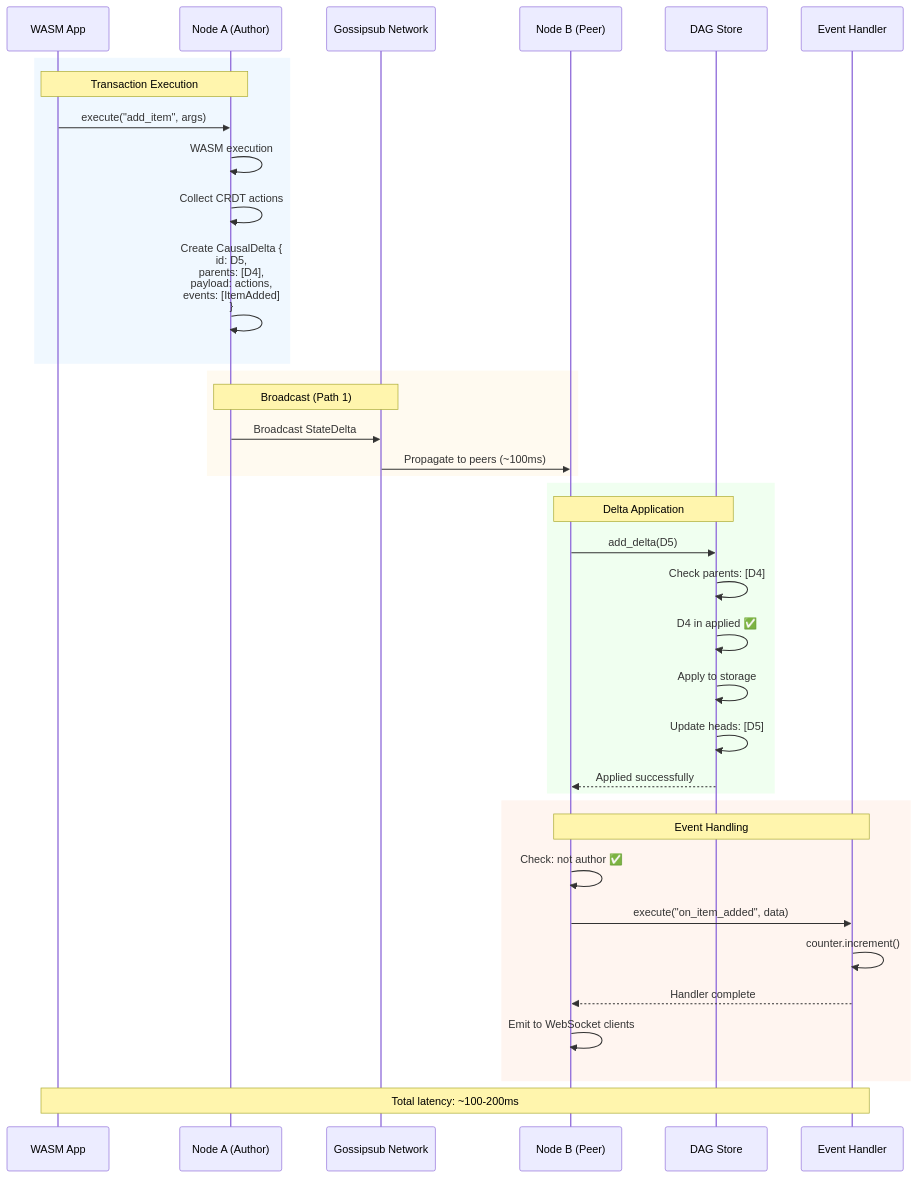
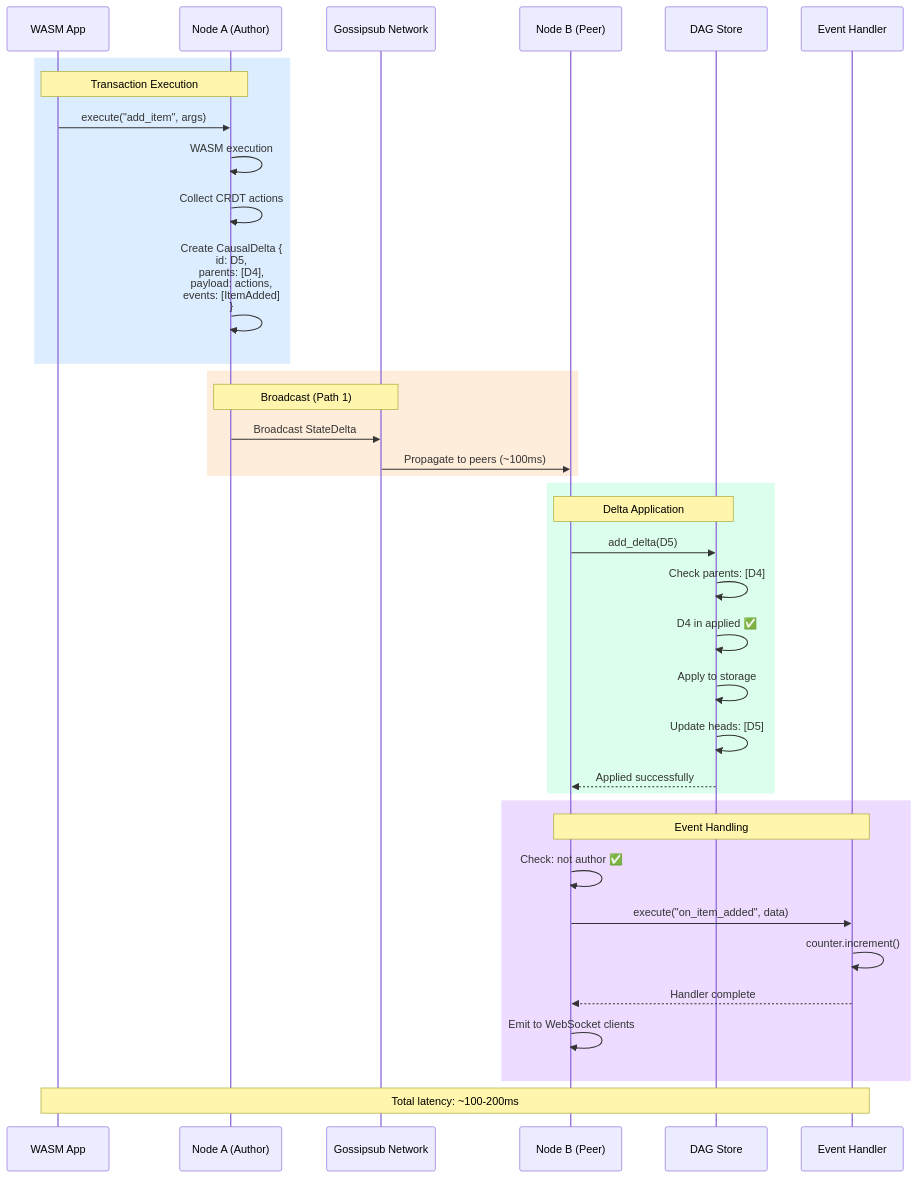
The second of 5 diagrams in crates/node/README.md (calimero-network/core), drawn with Mermaid before and after one commit. The commit also changed other lines of this file and 3 other files, not shown here.

First line of the commit message:
docs: improve mermaid diagram accessibility with high-contrast colors

````diff
--- a/crates/node/README.md
+++ b/crates/node/README.md
@@ -96,44 +96,44 @@
 ```mermaid
 sequenceDiagram
     participant App as WASM App
     participant NodeA as Node A (Author)
     participant Gossip as Gossipsub Network
     participant NodeB as Node B (Peer)
     participant DAG as DAG Store
     participant Handler as Event Handler
     
-    rect rgb(240, 248, 255)
+    rect rgb(220, 237, 255)
         Note over App,NodeA: Transaction Execution
         App->>NodeA: execute("add_item", args)
         NodeA->>NodeA: WASM execution
         NodeA->>NodeA: Collect CRDT actions
         NodeA->>NodeA: Create CausalDelta {<br/>  id: D5,<br/>  parents: [D4],<br/>  payload: actions,<br/>  events: [ItemAdded]<br/>}
     end
     
-    rect rgb(255, 250, 240)
+    rect rgb(255, 237, 220)
         Note over NodeA,Gossip: Broadcast (Path 1)
         NodeA->>Gossip: Broadcast StateDelta
         Gossip->>NodeB: Propagate to peers (~100ms)
     end
     
-    rect rgb(240, 255, 240)
+    rect rgb(220, 255, 237)
         Note over NodeB,DAG: Delta Application
         NodeB->>DAG: add_delta(D5)
         DAG->>DAG: Check parents: [D4]
         DAG->>DAG: D4 in applied ✅
         DAG->>DAG: Apply to storage
         DAG->>DAG: Update heads: [D5]
         DAG-->>NodeB: Applied successfully
     end
     
-    rect rgb(255, 245, 240)
+    rect rgb(237, 220, 255)
         Note over NodeB,Handler: Event Handling
         NodeB->>NodeB: Check: not author ✅
         NodeB->>Handler: execute("on_item_added", data)
         Handler->>Handler: counter.increment()
         Handler-->>NodeB: Handler complete
         NodeB->>NodeB: Emit to WebSocket clients
     end
     
     Note over App,Handler: Total latency: ~100-200ms
 ```
````
